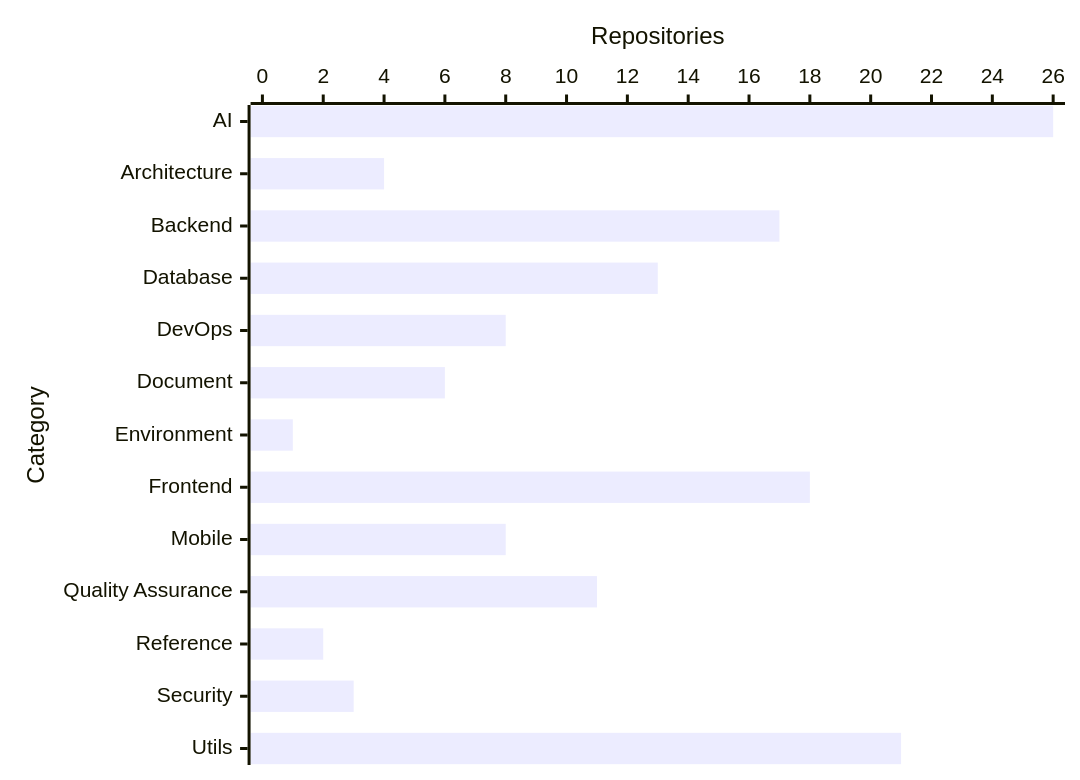
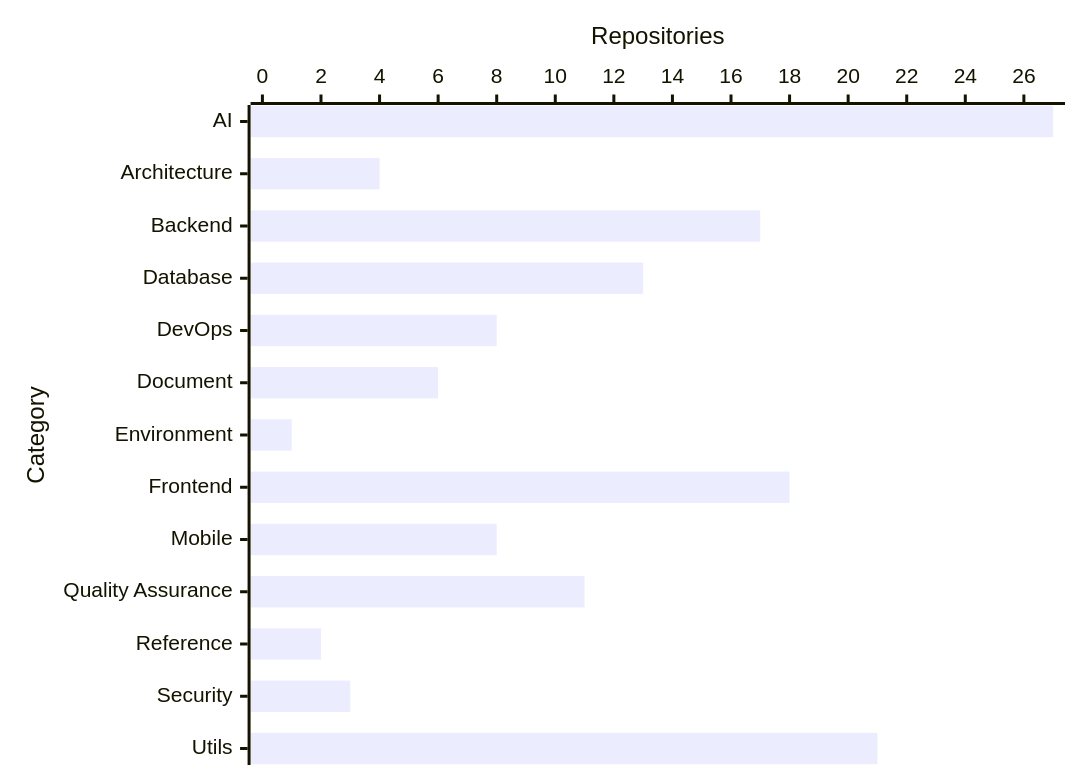
The diagram in README.md (prawee/resource), drawn with Mermaid before and after one commit. The commit also changed other lines of this file, not shown here.

````diff
--- a/README.md
+++ b/README.md
@@ -11,6 +11,6 @@
 ```mermaid
 xychart-beta horizontal
     x-axis "Category" ["AI", "Architecture", "Backend", "Database", "DevOps", "Document", "Environment", "Frontend", "Mobile", "Quality Assurance", "Reference", "Security", "Utils"]
-    y-axis "Repositories" 0 --> 26
-    bar [26, 4, 17, 13, 8, 6, 1, 18, 8, 11, 2, 3, 21]
+    y-axis "Repositories" 0 --> 27
+    bar [27, 4, 17, 13, 8, 6, 1, 18, 8, 11, 2, 3, 21]
 ```
````
